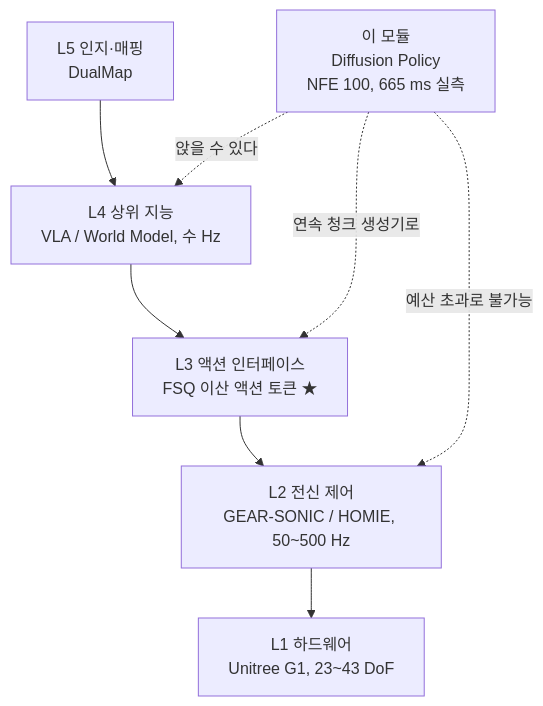
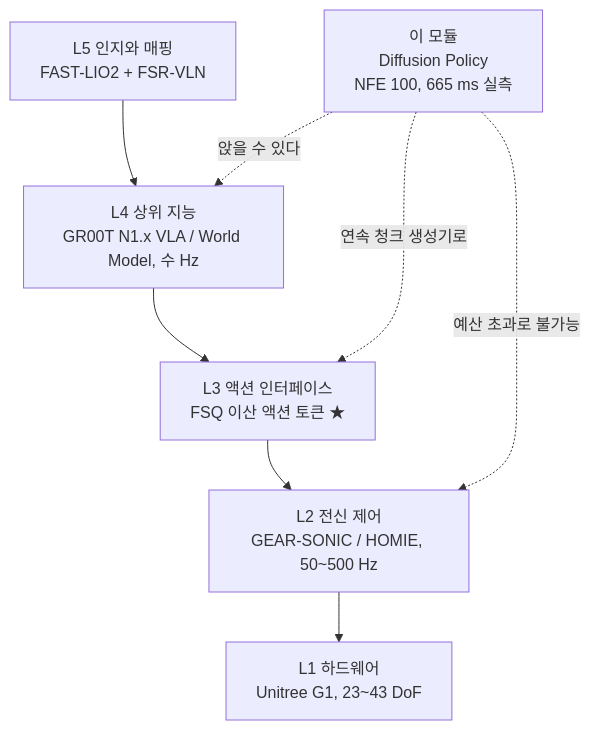
The second of 3 diagrams in course/w2-policy-vla/02-diffusion-policy/lesson.md (sguys99/physical-ai-study), drawn with Mermaid before and after one commit. The commit also changed 35 other files, not shown here.

First line of the commit message:
:sparkles: W1-M1에 회사 내비 스택(FAST-LIO2, Nav2, FSR-VLN)과 GR00T 반영

````diff
--- a/course/w2-policy-vla/02-diffusion-policy/lesson.md
+++ b/course/w2-policy-vla/02-diffusion-policy/lesson.md
@@ -414,10 +414,10 @@
 ```mermaid
 flowchart TB
-  L5["L5 인지·매핑<br/>DualMap"] --> L4["L4 상위 지능<br/>VLA / World Model, 수 Hz"]
+  L5["L5 인지와 매핑<br/>FAST-LIO2 + FSR-VLN"] --> L4["L4 상위 지능<br/>GR00T N1.x VLA / World Model, 수 Hz"]
   L4 --> L3["L3 액션 인터페이스<br/>FSQ 이산 액션 토큰 ★"]
   L3 --> L2["L2 전신 제어<br/>GEAR-SONIC / HOMIE, 50~500 Hz"]
   L2 --> L1["L1 하드웨어<br/>Unitree G1, 23~43 DoF"]
   DP["이 모듈<br/>Diffusion Policy<br/>NFE 100, 665 ms 실측"] -. 앉을 수 있다 .-> L4
   DP -. 연속 청크 생성기로 .-> L3
   DP -. 예산 초과로 불가능 .-> L2
 ```
````
